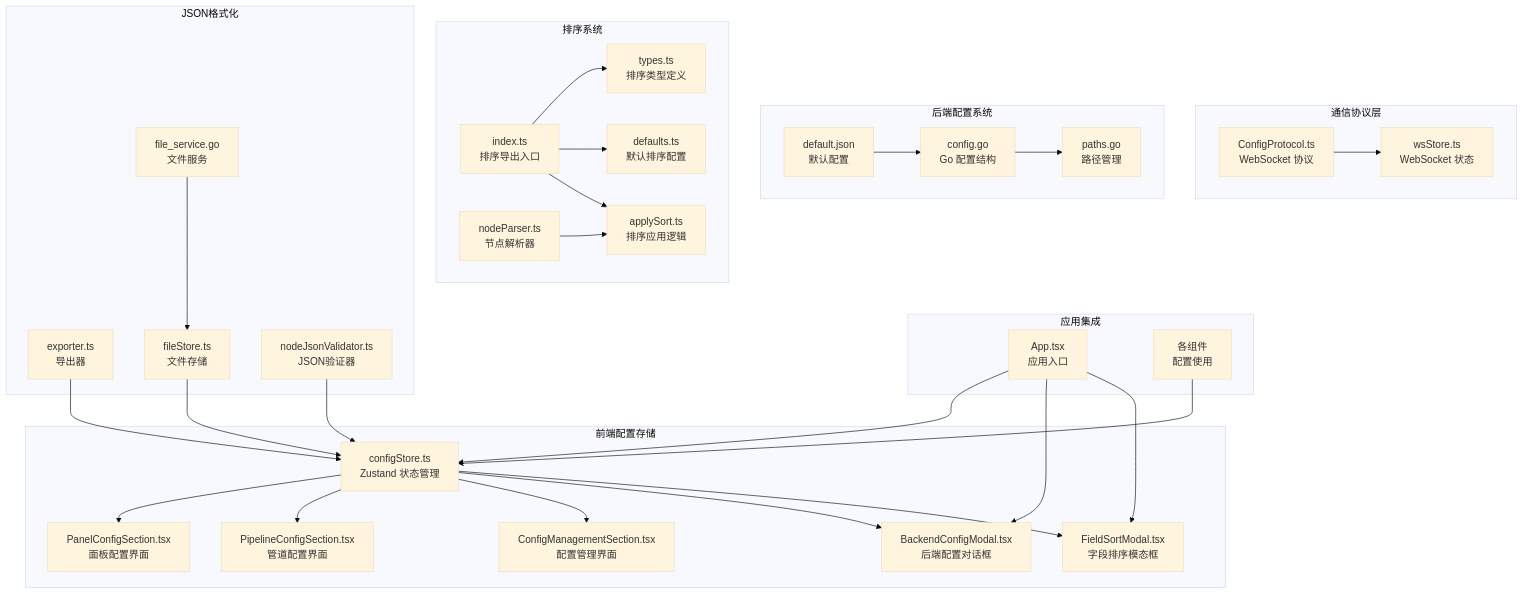
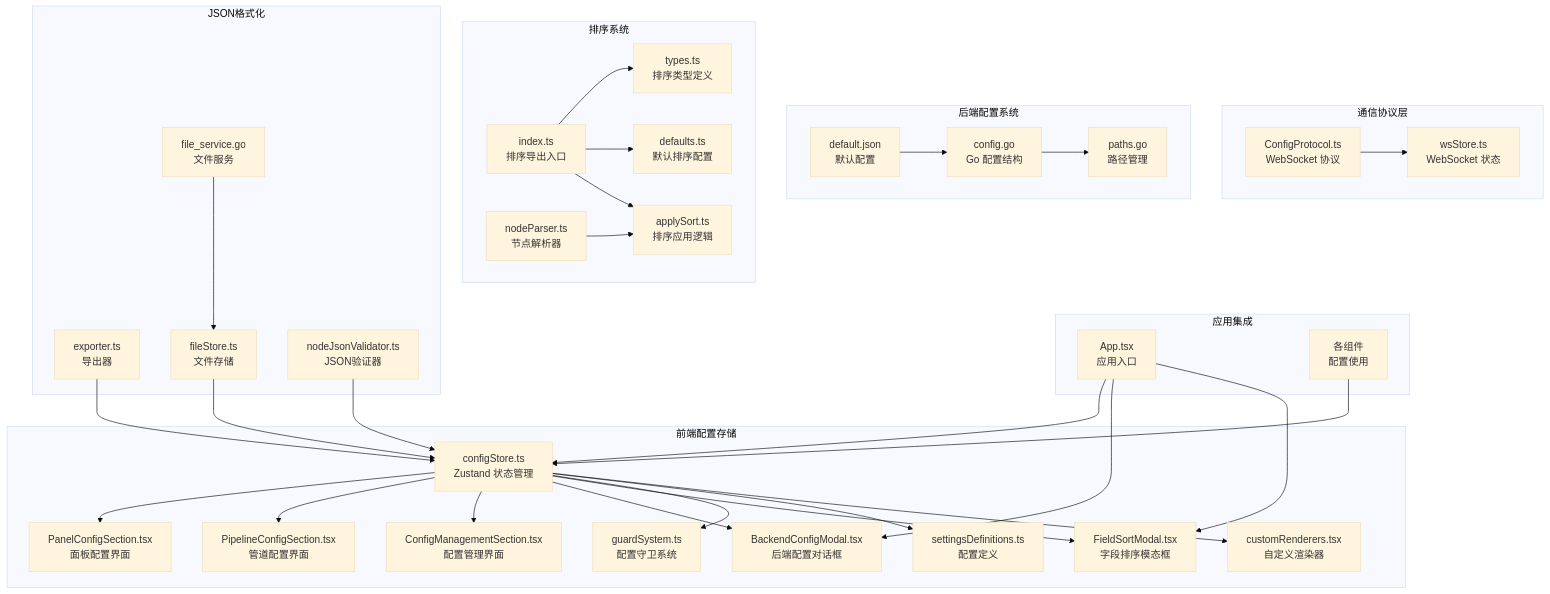
One commit to kqcoxn/MaaPipelineEditor changed the first of 20 diagrams in .qoder/repowiki/zh/content/Config Store/Config Store.md. Above: the diagram before and after it, drawn with Mermaid (base theme). The commit also changed other lines of this file and 50 other files, not shown here.

````diff
--- a/.qoder/repowiki/zh/content/Config Store/Config Store.md
+++ b/.qoder/repowiki/zh/content/Config Store/Config Store.md
@@ -67,57 +73,63 @@
 ```mermaid
 graph TB
 subgraph "前端配置存储"
 A[configStore.ts<br/>Zustand 状态管理]
 B[PanelConfigSection.tsx<br/>面板配置界面]
 C[PipelineConfigSection.tsx<br/>管道配置界面]
 D[ConfigManagementSection.tsx<br/>配置管理界面]
 E[BackendConfigModal.tsx<br/>后端配置对话框]
 F[FieldSortModal.tsx<br/>字段排序模态框]
+G[guardSystem.ts<br/>配置守卫系统]
+H[settingsDefinitions.ts<br/>配置定义]
+I[customRenderers.tsx<br/>自定义渲染器]
 end
 subgraph "通信协议层"
-G[ConfigProtocol.ts<br/>WebSocket 协议]
-H[wsStore.ts<br/>WebSocket 状态]
+J[ConfigProtocol.ts<br/>WebSocket 协议]
+K[wsStore.ts<br/>WebSocket 状态]
 end
 subgraph "后端配置系统"
-I[config.go<br/>Go 配置结构]
-J[paths.go<br/>路径管理]
-K[default.json<br/>默认配置]
+L[config.go<br/>Go 配置结构]
+M[paths.go<br/>路径管理]
+N[default.json<br/>默认配置]
 end
 subgraph "应用集成"
-L[App.tsx<br/>应用入口]
-M[各组件<br/>配置使用]
+O[App.tsx<br/>应用入口]
+P[各组件<br/>配置使用]
 end
 subgraph "排序系统"
-N[index.ts<br/>排序导出入口]
-O[types.ts<br/>排序类型定义]
-P[defaults.ts<br/>默认排序配置]
-Q[applySort.ts<br/>排序应用逻辑]
-R[nodeParser.ts<br/>节点解析器]
+Q[index.ts<br/>排序导出入口]
+R[types.ts<br/>排序类型定义]
+S[defaults.ts<br/>默认排序配置]
+T[applySort.ts<br/>排序应用逻辑]
+U[nodeParser.ts<br/>节点解析器]
 end
 subgraph "JSON格式化"
-S[exporter.ts<br/>导出器]
-T[fileStore.ts<br/>文件存储]
-U[file_service.go<br/>文件服务]
-V[nodeJsonValidator.ts<br/>JSON验证器]
+V[exporter.ts<br/>导出器]
+W[fileStore.ts<br/>文件存储]
+X[file_service.go<br/>文件服务]
+Y[nodeJsonValidator.ts<br/>JSON验证器]
 end
 A --> B
 A --> C
 A --> D
 A --> E
 A --> F
-G --> H
-I --> J
-K --> I
-L --> A
-L --> E
-L --> F
-M --> A
-N --> O
-N --> P
-N --> Q
-R --> Q
-S --> A
-T --> A
+A --> G
+A --> H
+A --> I
+J --> K
+L --> M
+N --> L
+O --> A
+O --> E
+O --> F
+P --> A
+Q --> R
+Q --> S
+Q --> T
 U --> T
 V --> A
+W --> A
+X --> W
+Y --> A
 ```
````
